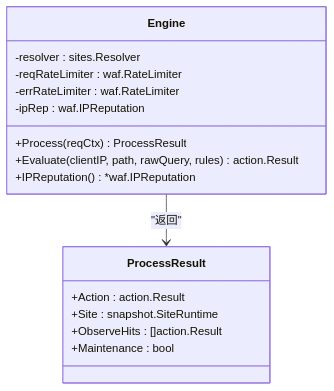
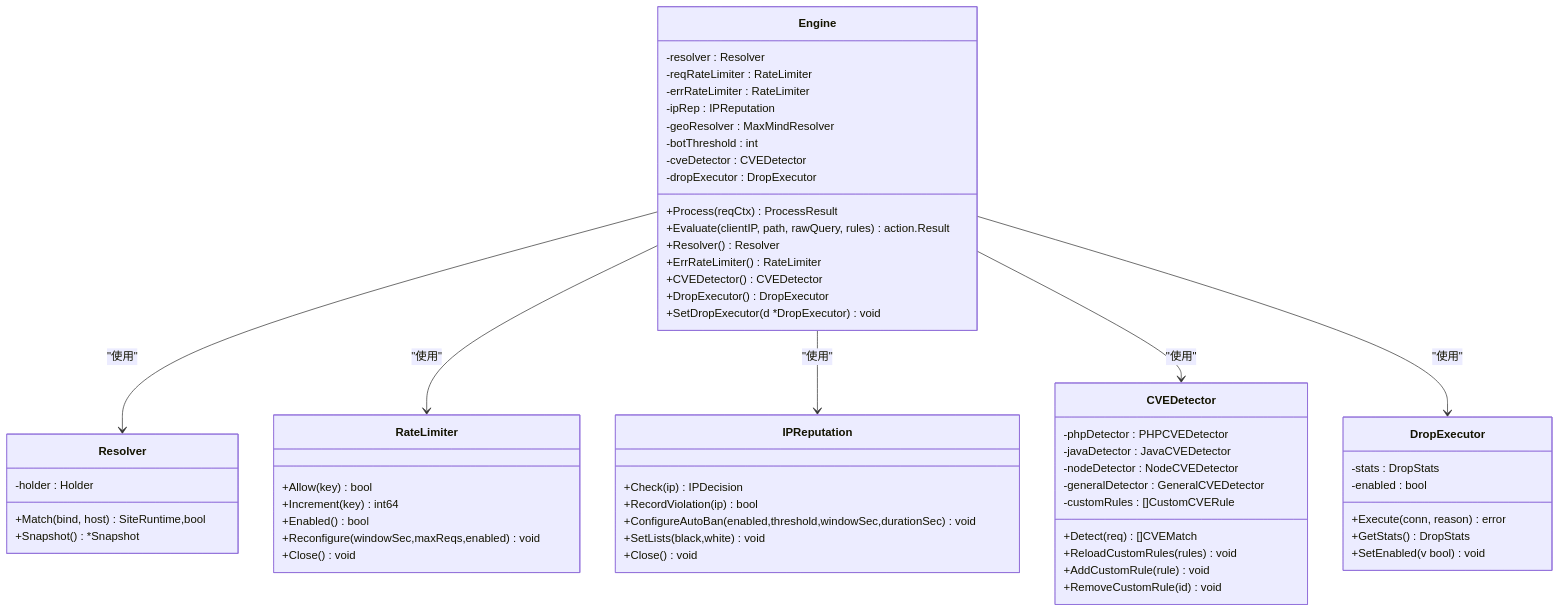
Before and after one commit to x01n/My-OpenWaf: the third of 12 diagrams in docs/WAF 引擎系统/WAF 引擎系统.md, drawn with Mermaid. The commit also changed other lines of this file and 199 other files, not shown here.

````diff
--- a/docs/WAF 引擎系统/WAF 引擎系统.md
+++ b/docs/WAF 引擎系统/WAF 引擎系统.md
@@ -187,19 +205,62 @@
 ```mermaid
 classDiagram
 class Engine {
--resolver : sites.Resolver
--reqRateLimiter : waf.RateLimiter
--errRateLimiter : waf.RateLimiter
--ipRep : waf.IPReputation
+-resolver : Resolver
+-reqRateLimiter : RateLimiter
+-errRateLimiter : RateLimiter
+-ipRep : IPReputation
+-geoResolver : MaxMindResolver
+-botThreshold : int
+-cveDetector : CVEDetector
+-dropExecutor : DropExecutor
 +Process(reqCtx) ProcessResult
 +Evaluate(clientIP, path, rawQuery, rules) action.Result
-+IPReputation() *waf.IPReputation
++Resolver() Resolver
++ErrRateLimiter() RateLimiter
++CVEDetector() CVEDetector
++DropExecutor() DropExecutor
++SetDropExecutor(d *DropExecutor) void
 }
-class ProcessResult {
-+Action : action.Result
-+Site : snapshot.SiteRuntime
-+ObserveHits : []action.Result
-+Maintenance : bool
+class Resolver {
+-holder : Holder
++Match(bind, host) SiteRuntime,bool
++Snapshot() *Snapshot
 }
-Engine --> ProcessResult : "返回"
+class RateLimiter {
++Allow(key) bool
++Increment(key) int64
++Enabled() bool
++Reconfigure(windowSec,maxReqs,enabled) void
++Close() void
+}
+class IPReputation {
++Check(ip) IPDecision
++RecordViolation(ip) bool
++ConfigureAutoBan(enabled,threshold,windowSec,durationSec) void
++SetLists(black,white) void
++Close() void
+}
+class CVEDetector {
+-phpDetector : PHPCVEDetector
+-javaDetector : JavaCVEDetector
+-nodeDetector : NodeCVEDetector
+-generalDetector : GeneralCVEDetector
+-customRules : []CustomCVERule
++Detect(req) []CVEMatch
++ReloadCustomRules(rules) void
++AddCustomRule(rule) void
++RemoveCustomRule(id) void
+}
+class DropExecutor {
+-stats : DropStats
+-enabled : bool
++Execute(conn, reason) error
++GetStats() DropStats
++SetEnabled(v bool) void
+}
+Engine --> Resolver : "使用"
+Engine --> RateLimiter : "使用"
+Engine --> IPReputation : "使用"
+Engine --> CVEDetector : "使用"
+Engine --> DropExecutor : "使用"
 ```
````
